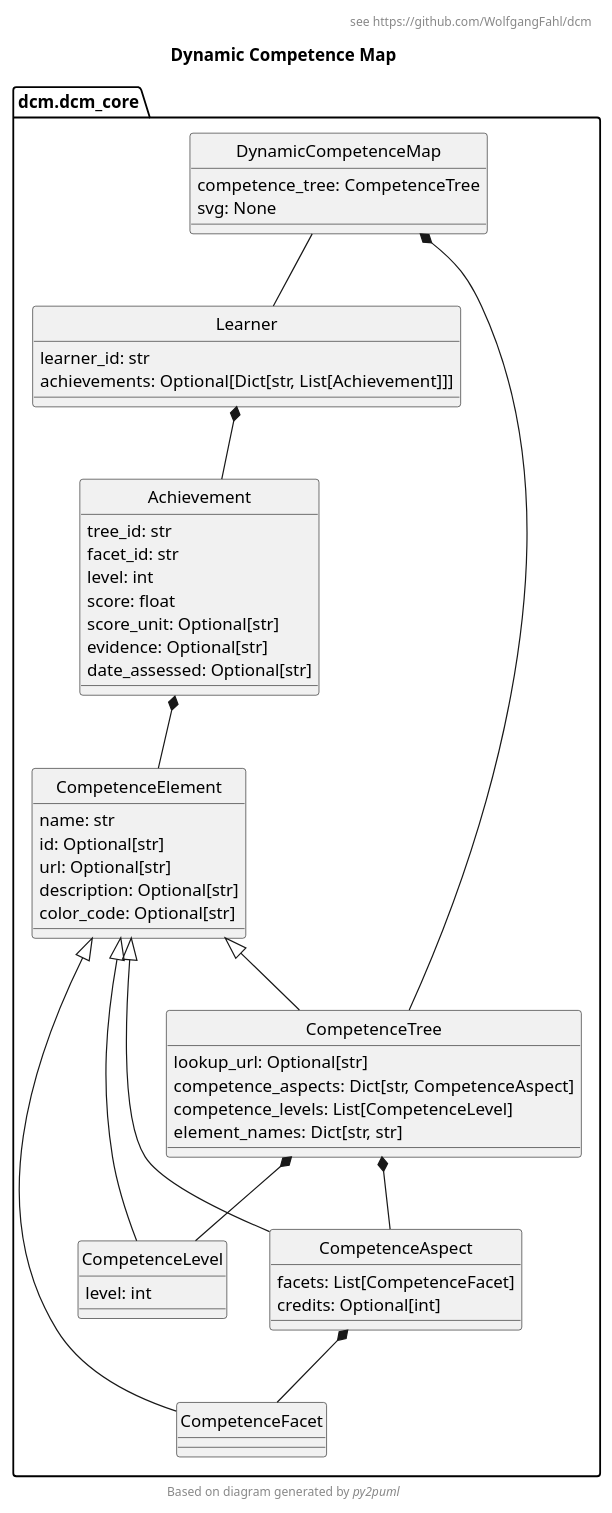
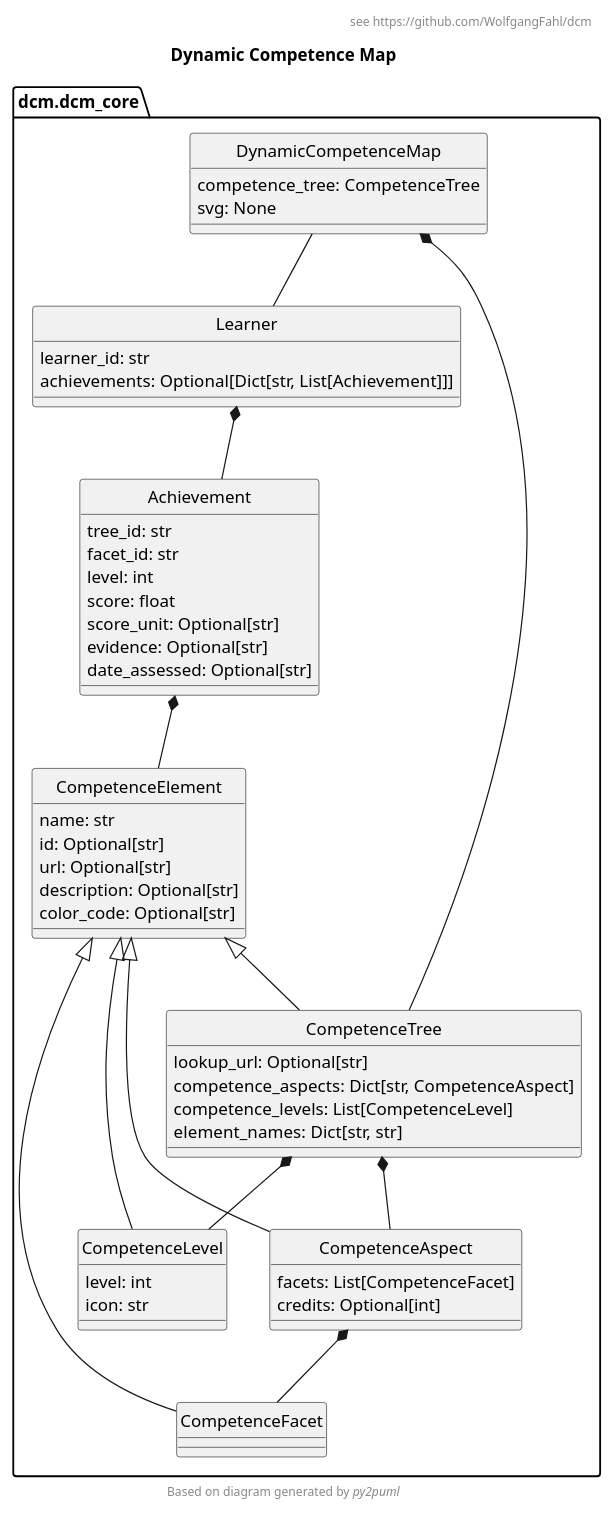
The diagram in dcm.puml (WolfgangFahl/dcm), drawn with PlantUML before and after one commit. The commit also changed 10 other files, not shown here.

```diff
--- a/dcm.puml
+++ b/dcm.puml
@@ -1,61 +1,62 @@
 @startuml
 hide circle
 title Dynamic Competence Map
 header see https://github.com/WolfgangFahl/dcm
 !pragma useIntermediatePackages false
 
 
 class dcm.dcm_core.DynamicCompetenceMap {
   competence_tree: CompetenceTree
   svg: None
 }
 class dcm.dcm_core.Achievement {
   tree_id: str
   facet_id: str
   level: int
   score: float
   score_unit: Optional[str]
   evidence: Optional[str]
   date_assessed: Optional[str]
 }
 class dcm.dcm_core.CompetenceAspect {
   facets: List[CompetenceFacet]
   credits: Optional[int]
 }
 class dcm.dcm_core.CompetenceElement {
   name: str
   id: Optional[str]
   url: Optional[str]
   description: Optional[str]
   color_code: Optional[str]
 }
 class dcm.dcm_core.CompetenceFacet {
 }
 class dcm.dcm_core.CompetenceLevel {
   level: int
+  icon: str
 }
 class dcm.dcm_core.CompetenceTree {
   lookup_url: Optional[str]
   competence_aspects: Dict[str, CompetenceAspect]
   competence_levels: List[CompetenceLevel]
   element_names: Dict[str, str]
 }
 
 class dcm.dcm_core.Learner {
   learner_id: str
   achievements: Optional[Dict[str, List[Achievement]]]
 }
 
 dcm.dcm_core.DynamicCompetenceMap *-- dcm.dcm_core.CompetenceTree
 dcm.dcm_core.DynamicCompetenceMap -- dcm.dcm_core.Learner
 dcm.dcm_core.CompetenceAspect *-- dcm.dcm_core.CompetenceFacet
 dcm.dcm_core.CompetenceElement <|-- dcm.dcm_core.CompetenceAspect
 dcm.dcm_core.CompetenceElement <|-- dcm.dcm_core.CompetenceFacet
 dcm.dcm_core.CompetenceElement <|-- dcm.dcm_core.CompetenceLevel
 dcm.dcm_core.CompetenceTree *-- dcm.dcm_core.CompetenceAspect
 dcm.dcm_core.CompetenceTree *-- dcm.dcm_core.CompetenceLevel
 dcm.dcm_core.CompetenceElement <|-- dcm.dcm_core.CompetenceTree
 dcm.dcm_core.Learner *-- dcm.dcm_core.Achievement
 dcm.dcm_core.Achievement *-- dcm.dcm_core.CompetenceElement
 footer Based on diagram generated by //py2puml//
 @enduml
```
